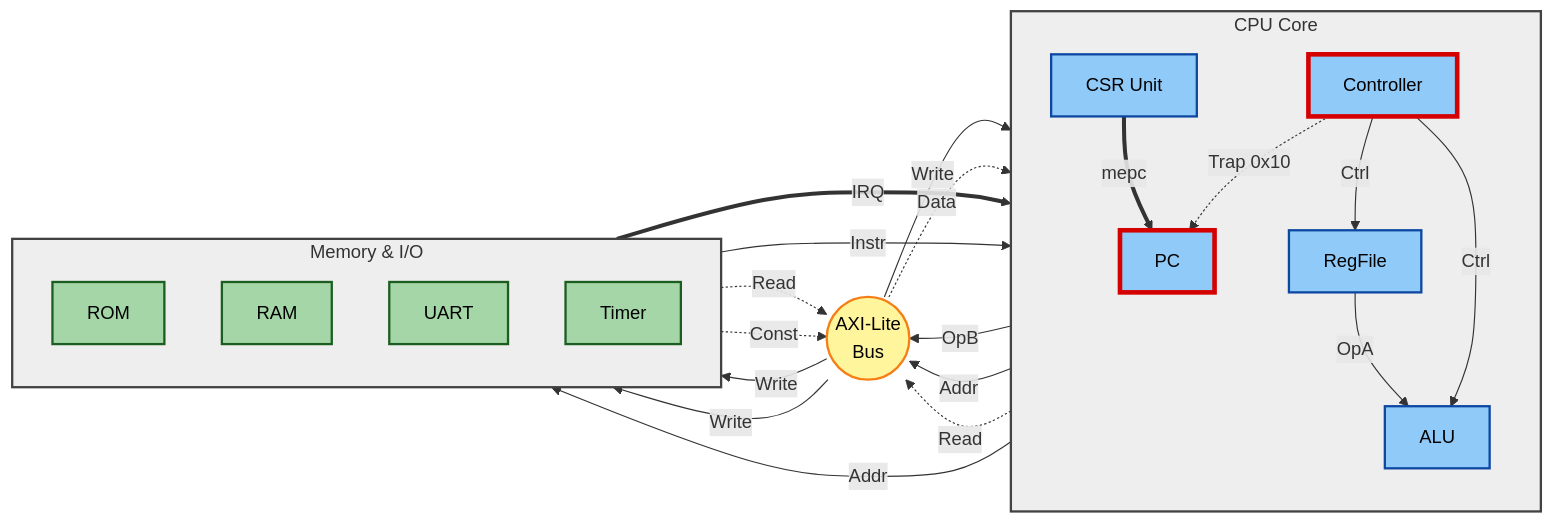
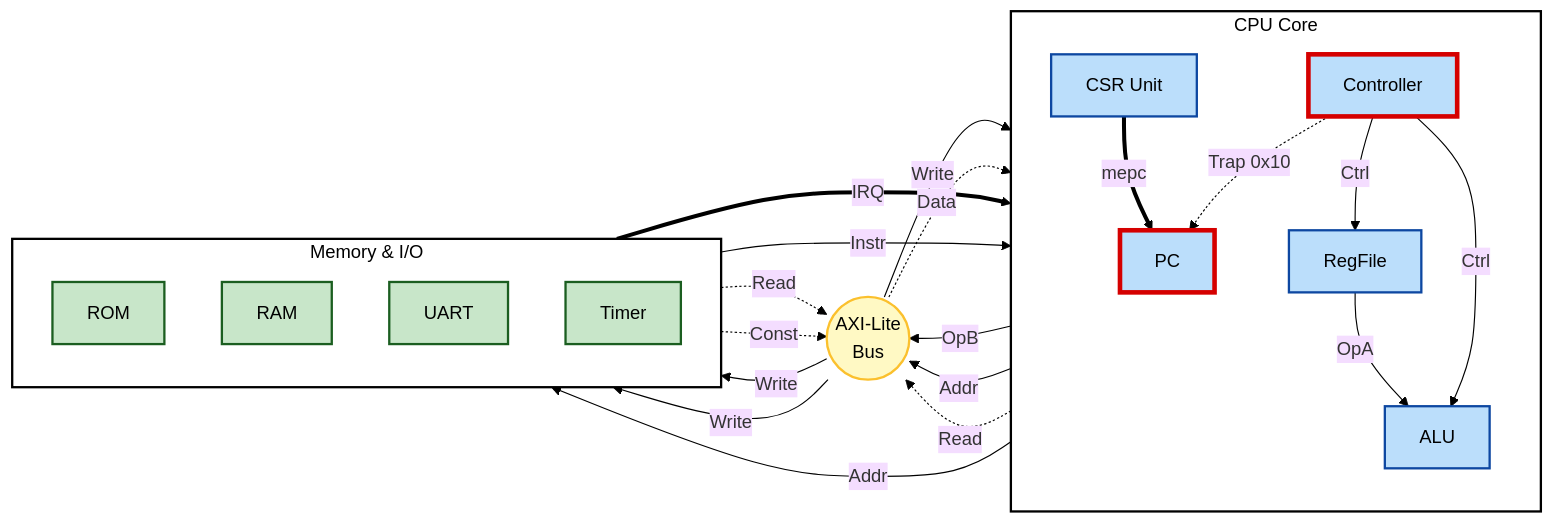
The diagram in README.md (snapat/AFTCC-RISCV), drawn with Mermaid before and after one commit.

````diff
--- a/README.md
+++ b/README.md
@@ -24,63 +24,61 @@
 ```mermaid
+%%{init: {'theme': 'base', 'themeVariables': { 'lineColor': '#000000', 'textColor': '#000000', 'clusterBkg': '#ffffff', 'clusterBorder': '#000000', 'titleColor': '#000000'}}}%%
 graph LR
-    %% --- HIGH CONTRAST STYLING ---
-    %% Heavier borders and more saturated colors for better visibility
-    classDef cluster fill:#EEEEEE,stroke:#424242,stroke-width:2px;
-    classDef cpu fill:#90CAF9,stroke:#0D47A1,stroke-width:2px,color:#000000;
-    classDef bus fill:#FFF59D,stroke:#F57F17,stroke-width:2px,color:#000000;
-    classDef slave fill:#A5D6A7,stroke:#1B5E20,stroke-width:2px,color:#000000;
-    classDef critical stroke:#D50000,stroke-width:4px,color:#000000;
+    %% --- STYLING ---
+    classDef cluster fill:#ffffff,stroke:#000000,stroke-width:2px,color:#000000;
+    classDef cpu fill:#bbdefb,stroke:#0d47a1,stroke-width:2px,color:#000000;
+    classDef bus fill:#fff9c4,stroke:#fbc02d,stroke-width:2px,color:#000000;
+    classDef slave fill:#c8e6c9,stroke:#1b5e20,stroke-width:2px,color:#000000;
+    classDef critical stroke:#d50000,stroke-width:4px,color:#000000;
 
     %% --- LEFT COLUMN: CPU CORE ---
     subgraph CPU [CPU Core]
         direction TB
         PC[PC]:::cpu
         Controller[Controller]:::cpu
         CSR[CSR Unit]:::cpu
         RegFile[RegFile]:::cpu
         ALU[ALU]:::cpu
     end
 
     %% --- CENTER COLUMN: BUS ---
-    %% "(( ))" Creates the circle shape
     Bus((AXI-Lite<br/>Bus)):::bus
 
     %% --- RIGHT COLUMN: SLAVES ---
     subgraph SLAVES [Memory & I/O]
         direction TB
         ROM[ROM]:::slave
         RAM[RAM]:::slave
         UART[UART]:::slave
         Timer[Timer]:::slave
     end
 
     %% --- CONNECTIONS ---
     
     %% 1. Critical Loops (Interrupts)
-    %% thick links "==>" emphasize the preemption path
     Timer ==>|IRQ| Controller:::critical
     Controller -.->|Trap 0x10| PC:::critical
     CSR ==>|mepc| PC:::critical
 
     %% 2. Fetch & Decode
     PC -->|Addr| ROM
     ROM -->|Instr| Controller
 
     %% 3. Datapath Execution
     Controller -->|Ctrl| ALU
     Controller -->|Ctrl| RegFile
     RegFile -->|OpA| ALU
     RegFile -->|OpB| Bus
     ALU -->|Addr| Bus
 
     %% 4. Bus Writes
     Bus -->|Write| RAM
     Bus -->|Write| UART
     Bus -->|Write| CSR
 
     %% 5. Bus Reads
     RAM -.->|Read| Bus
     ROM -.->|Const| Bus
     Bus -.->|Data| RegFile
     CSR -.->|Read| Bus
 ```
````
